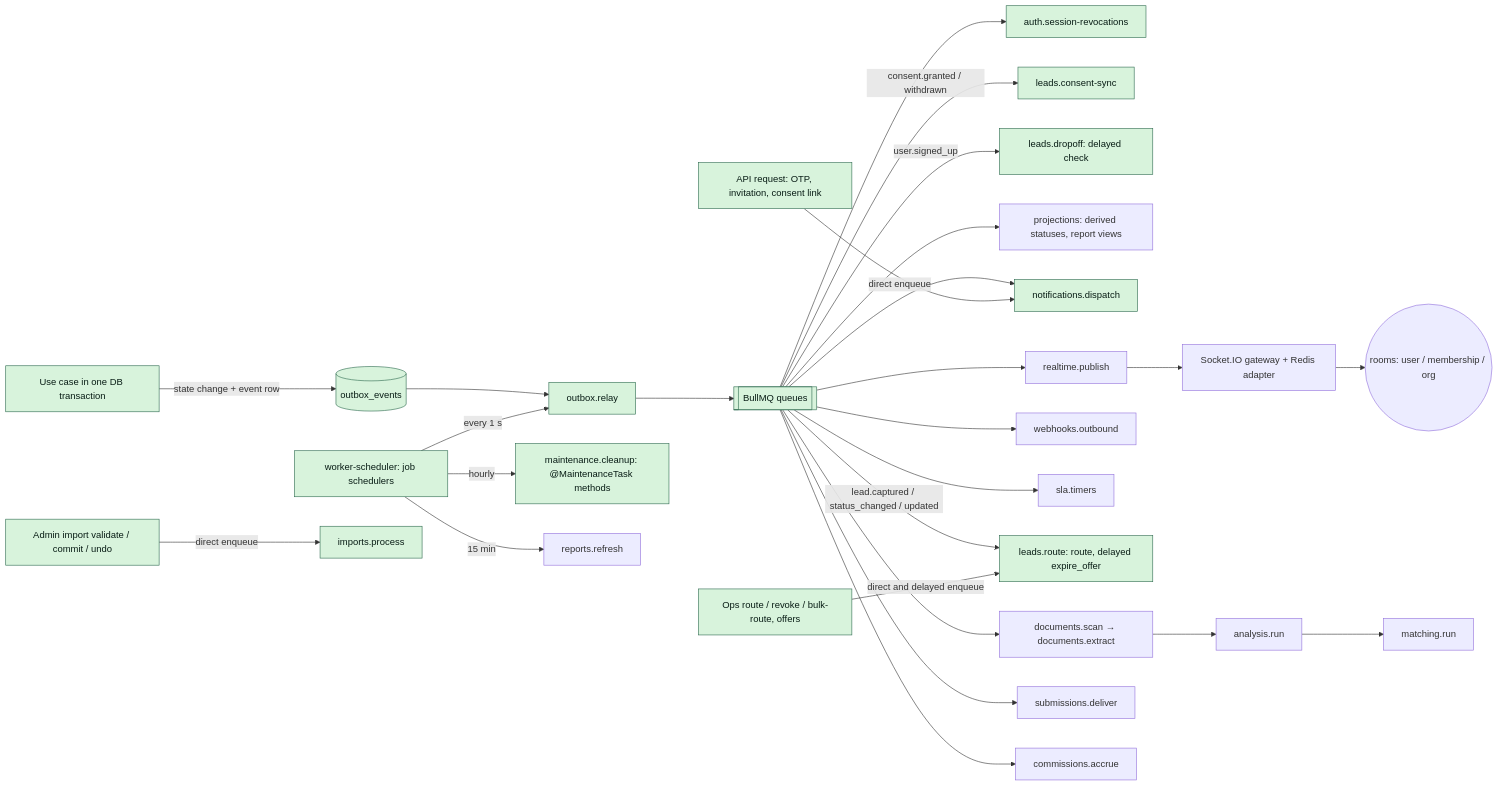
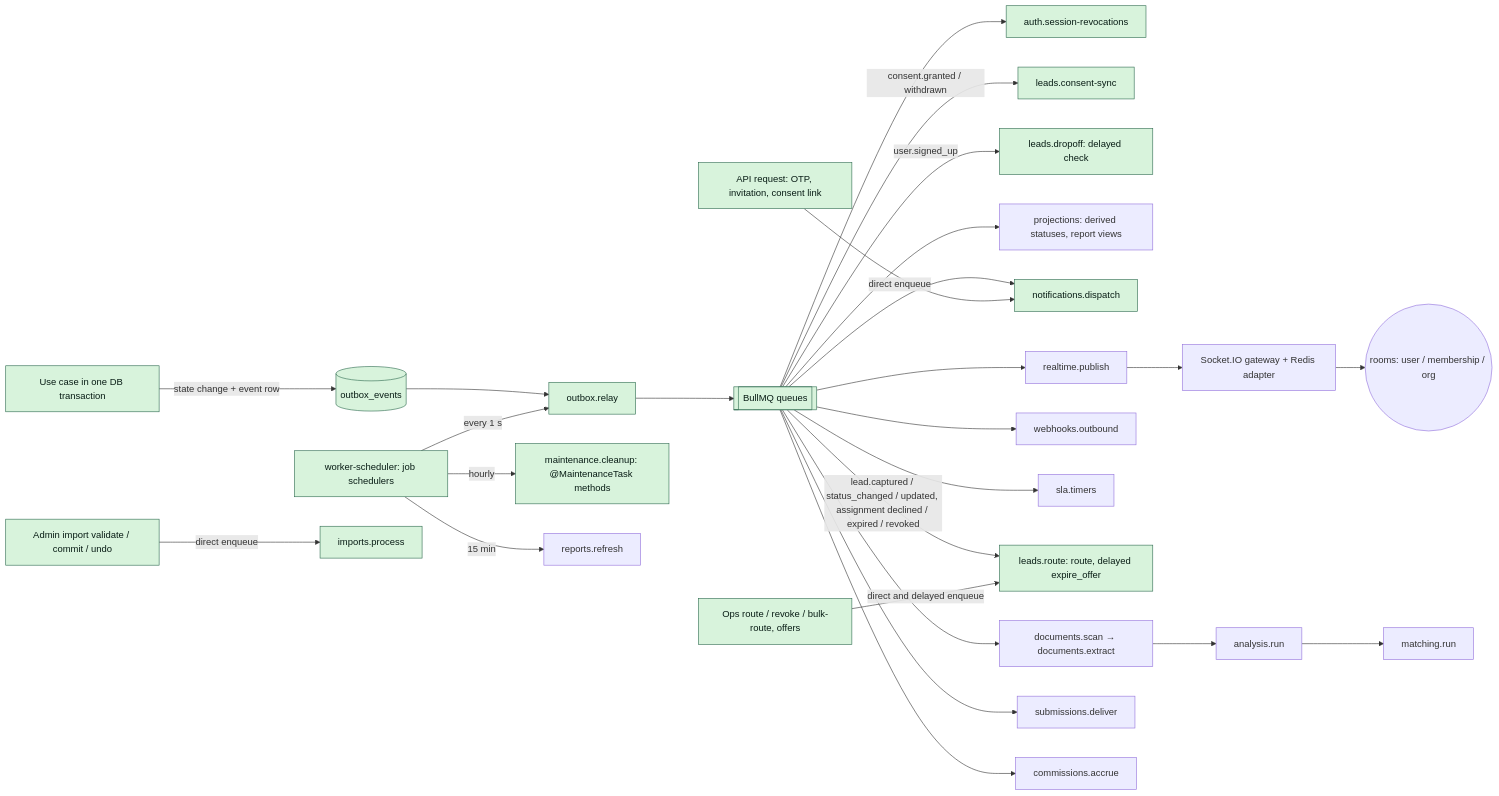
One commit to Shaikhfaruk/fundenflo changed diagram 14 of 14 in docs/ARCHITECTURE.md. Above: the diagram before and after it, drawn with Mermaid. The commit also changed other lines of this file and 53 other files, not shown here.

````diff
--- a/docs/ARCHITECTURE.md
+++ b/docs/ARCHITECTURE.md
@@ -456,30 +457,30 @@
 ```mermaid
 flowchart LR
   UC[Use case in one DB transaction] -->|state change + event row| OB[(outbox_events)]
   OB --> RELAY[outbox.relay]
   SCHED[worker-scheduler: job schedulers] -->|every 1 s| RELAY
   SCHED -->|hourly| MAINT[maintenance.cleanup: @MaintenanceTask methods]
   RELAY --> Q[[BullMQ queues]]
   Q --> REVOKE[auth.session-revocations]
   Q -->|consent.granted / withdrawn| CSYNC[leads.consent-sync]
   Q -->|user.signed_up| DROPQ[leads.dropoff: delayed check]
   Q --> PROJ[projections: derived statuses, report views]
   Q --> NOTIF[notifications.dispatch]
   Q --> RTP[realtime.publish]
   Q --> WHO[webhooks.outbound]
   Q --> SLAQ[sla.timers]
-  Q -->|lead.captured / status_changed / updated| ROUTEQ[leads.route: route, delayed expire_offer]
+  Q -->|lead.captured / status_changed / updated, assignment declined / expired / revoked| ROUTEQ[leads.route: route, delayed expire_offer]
   OPSR[Ops route / revoke / bulk-route, offers] -->|direct and delayed enqueue| ROUTEQ
   Q --> DOCQ[documents.scan → documents.extract]
   DOCQ --> ANQ[analysis.run]
   ANQ --> MQ2[matching.run]
   Q --> SUBQ[submissions.deliver]
   Q --> COMQ[commissions.accrue]
   RTP --> GW[Socket.IO gateway + Redis adapter]
   GW --> ROOMS((rooms: user / membership / org))
   IMPAPI[Admin import validate / commit / undo] -->|direct enqueue| IMPQ[imports.process]
   SCHED -->|15 min| REP[reports.refresh]
   API[API request: OTP, invitation, consent link] -->|direct enqueue| NOTIF
   classDef built fill:#d8f3dc,stroke:#2d6a4f,color:#081c15
   class UC,OB,RELAY,SCHED,MAINT,Q,REVOKE,CSYNC,DROPQ,NOTIF,API,IMPAPI,IMPQ,ROUTEQ,OPSR built
 ```
````
